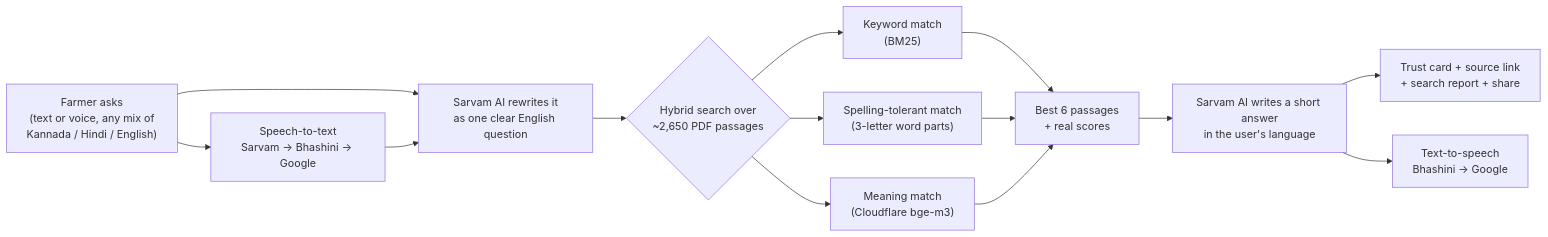
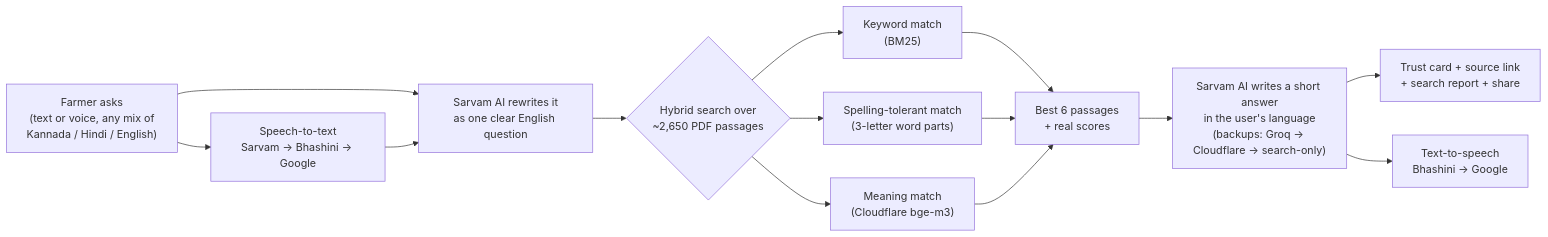
One commit to Anadijain1234/Sahakar-Sahayak changed the first of 2 diagrams in README.md. Above: the diagram before and after it, drawn with Mermaid. The commit also changed other lines of this file and 24 other files, not shown here.

````diff
--- a/README.md
+++ b/README.md
@@ -40,14 +43,14 @@
 ```mermaid
 flowchart LR
     A["Farmer asks<br/>(text or voice, any mix of<br/>Kannada / Hindi / English)"] --> B["Speech-to-text<br/>Sarvam → Bhashini → Google"]
     A --> C
     B --> C["Sarvam AI rewrites it<br/>as one clear English question"]
     C --> D{"Hybrid search over<br/>~2,650 PDF passages"}
     D --> D1["Keyword match<br/>(BM25)"]
     D --> D2["Spelling-tolerant match<br/>(3-letter word parts)"]
     D --> D3["Meaning match<br/>(Cloudflare bge-m3)"]
     D1 & D2 & D3 --> E["Best 6 passages<br/>+ real scores"]
-    E --> F["Sarvam AI writes a short answer<br/>in the user's language"]
+    E --> F["Sarvam AI writes a short answer<br/>in the user's language<br/>(backups: Groq → Cloudflare → search-only)"]
     F --> G["Trust card + source link<br/>+ search report + share"]
     F --> H["Text-to-speech<br/>Bhashini → Google"]
 ```
````
